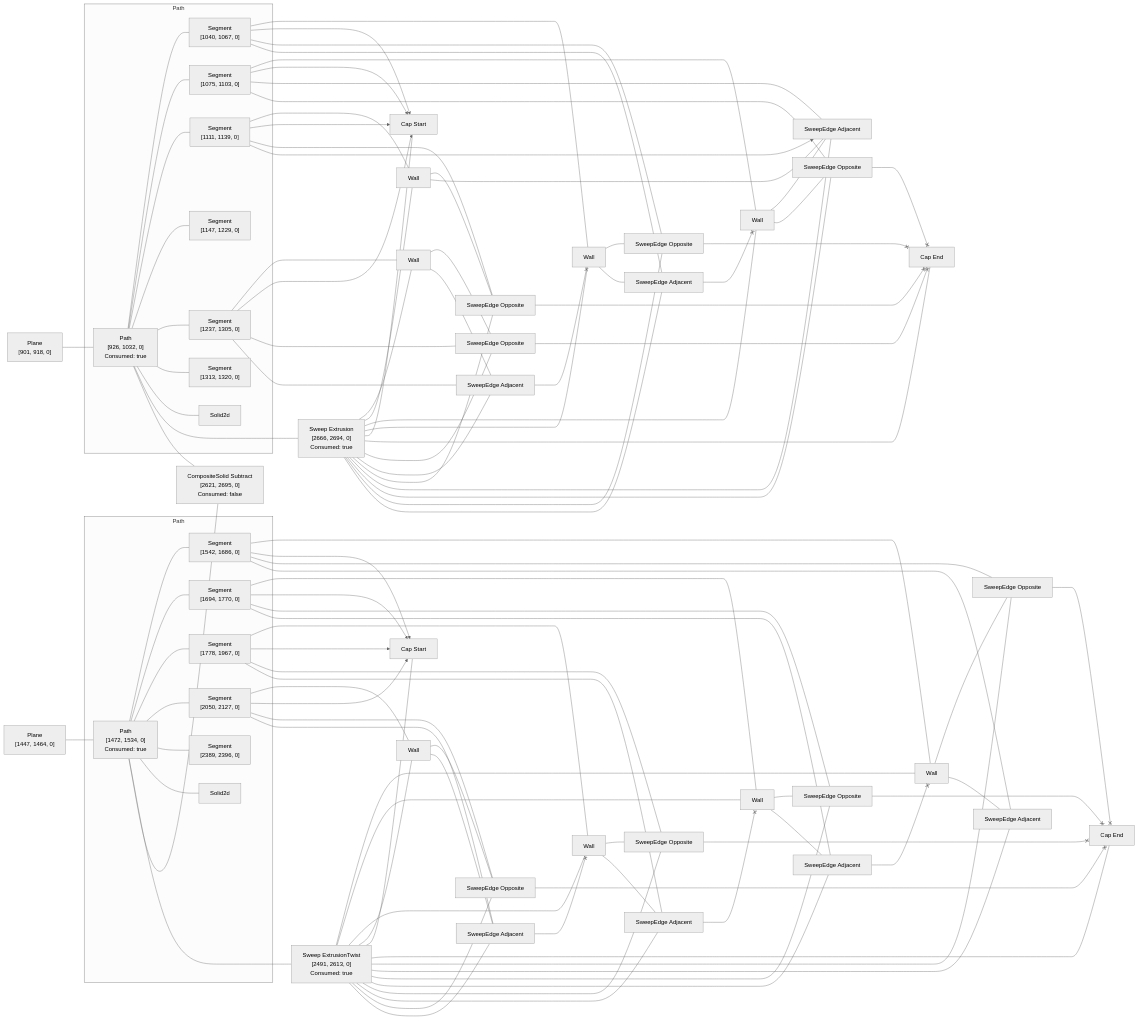
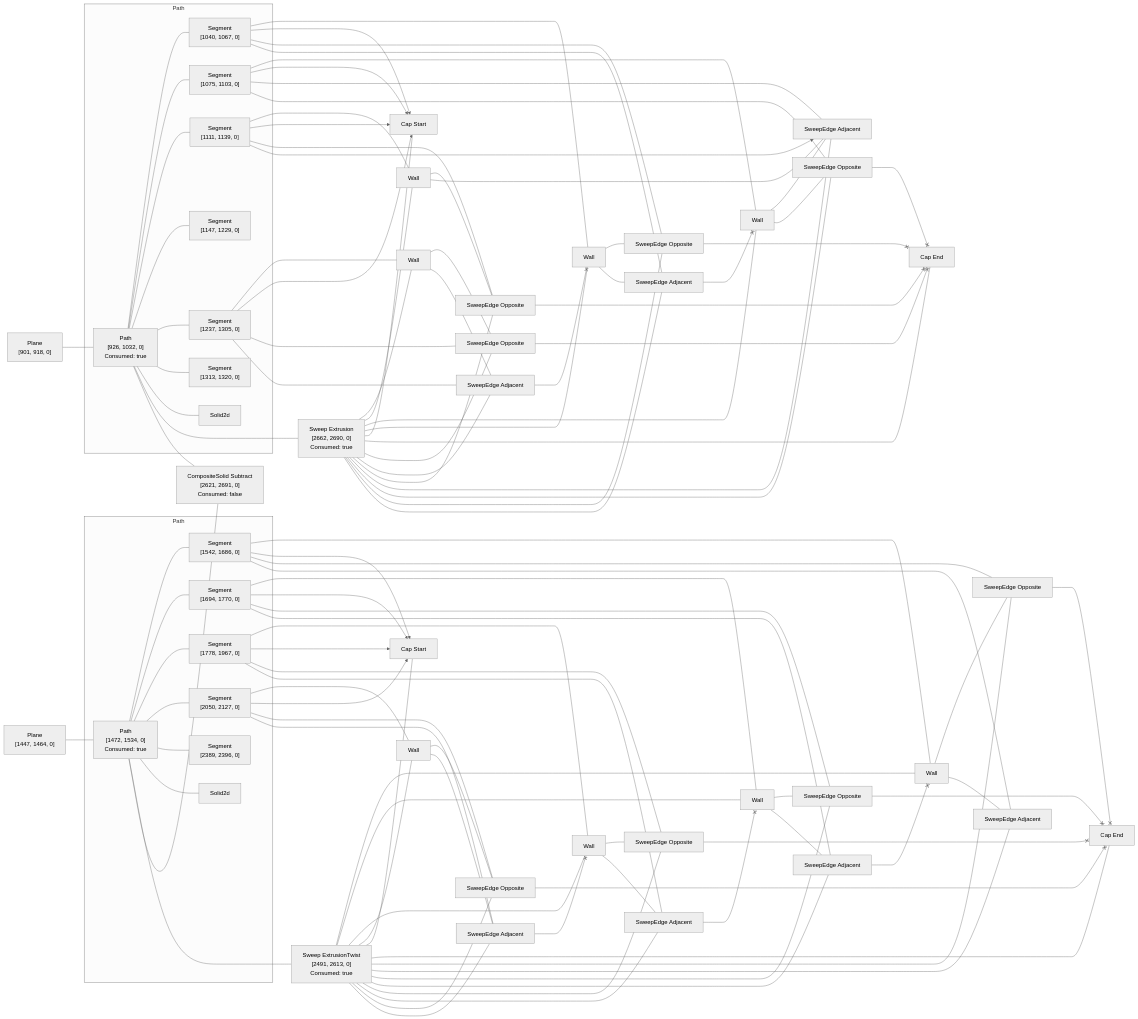
One commit to KittyCAD/modeling-app changed the diagram in rust/kcl-lib/tests/kcl_samples/helical-gear/artifact_graph_flowchart.snap.md. Above: the diagram before and after it, drawn with Mermaid (neutral theme). The commit also changed 30 other files, not shown here.

```diff
--- a/rust/kcl-lib/tests/kcl_samples/helical-gear/artifact_graph_flowchart.snap.md
+++ b/rust/kcl-lib/tests/kcl_samples/helical-gear/artifact_graph_flowchart.snap.md
@@ -58,7 +58,7 @@
   30["SweepEdge Adjacent"]
   31["SweepEdge Opposite"]
   32["SweepEdge Adjacent"]
-  33["Sweep Extrusion<br>[2666, 2694, 0]<br>Consumed: true"]
+  33["Sweep Extrusion<br>[2662, 2690, 0]<br>Consumed: true"]
     %% [ProgramBodyItem { index: 0 }, VariableDeclarationDeclaration, VariableDeclarationInit, FunctionExpressionBody, FunctionExpressionBodyItem { index: 11 }, VariableDeclarationDeclaration, VariableDeclarationInit, PipeBodyItem { index: 9 }, CallKwArg { index: 0 }, PipeBodyItem { index: 1 }]
   34[Wall]
     %% face_code_ref=Missing NodePath
@@ -79,7 +79,7 @@
   44["SweepEdge Opposite"]
   45["SweepEdge Opposite"]
   46["SweepEdge Adjacent"]
-  47["CompositeSolid Subtract<br>[2621, 2695, 0]<br>Consumed: false"]
+  47["CompositeSolid Subtract<br>[2621, 2691, 0]<br>Consumed: false"]
     %% [ProgramBodyItem { index: 0 }, VariableDeclarationDeclaration, VariableDeclarationInit, FunctionExpressionBody, FunctionExpressionBodyItem { index: 11 }, VariableDeclarationDeclaration, VariableDeclarationInit, PipeBodyItem { index: 9 }]
   1 --- 2
   2 --- 3
```
